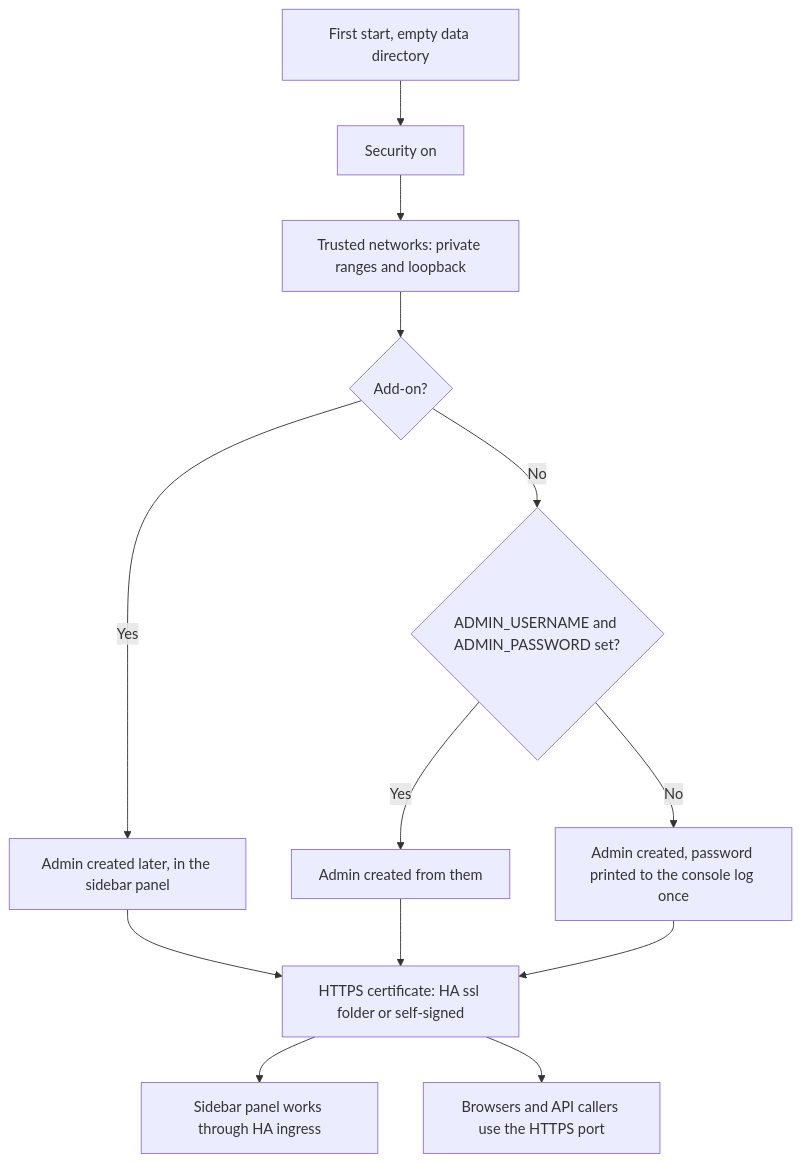
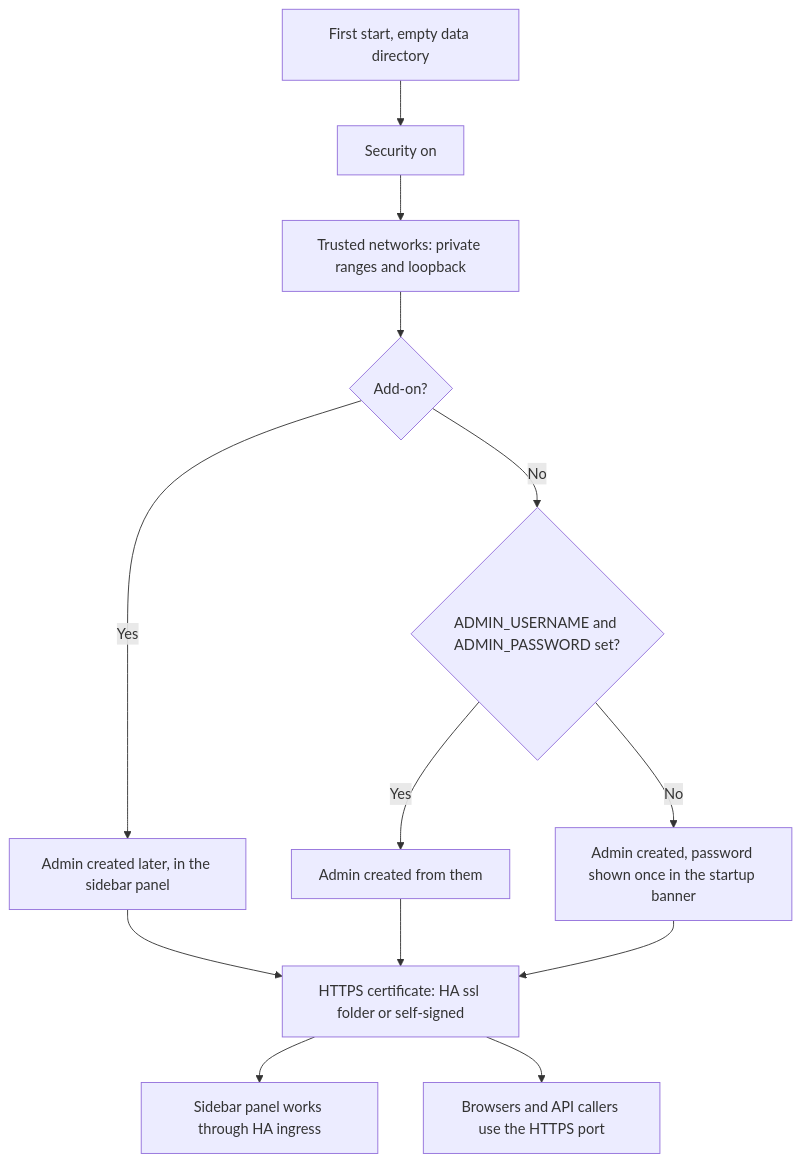
The second of 3 diagrams in docs/guide/security.md (david2069/franklinwh-direct-connect-bridge), drawn with Mermaid before and after one commit. The commit also changed other lines of this file and 6 other files, not shown here.

First line of the commit message:
feat: setup command and startup banner (Docker and pip)

````diff
--- a/docs/guide/security.md
+++ b/docs/guide/security.md
@@ -319,15 +329,15 @@
 ```mermaid
 flowchart TD
     A[First start, empty data directory] --> B[Security on]
     B --> C[Trusted networks: private ranges and loopback]
     C --> D{"Add-on?"}
     D -- Yes --> E["Admin created later, in the sidebar panel"]
     D -- No --> D2{"ADMIN_USERNAME and ADMIN_PASSWORD set?"}
     D2 -- Yes --> E2[Admin created from them]
-    D2 -- No --> F[Admin created, password printed to the console log once]
+    D2 -- No --> F[Admin created, password shown once in the startup banner]
     E2 --> G
     E --> G[HTTPS certificate: HA ssl folder or self-signed]
     F --> G
     G --> H[Sidebar panel works through HA ingress]
     G --> I[Browsers and API callers use the HTTPS port]
 ```
````
